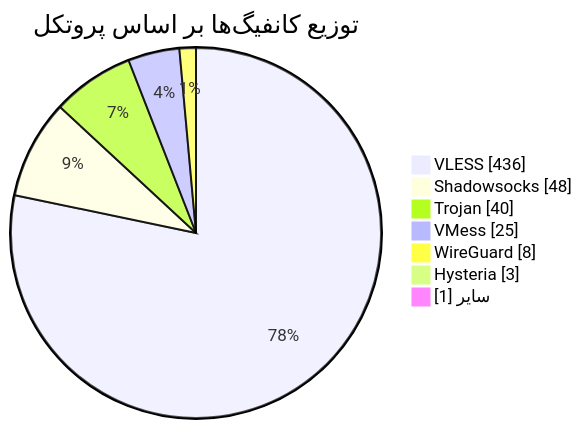
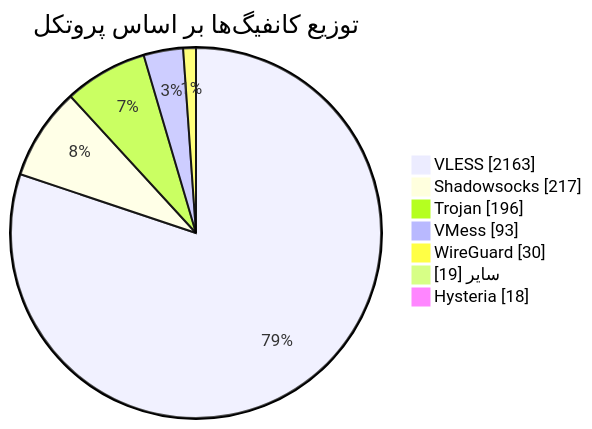
One commit to Arian-Alijani/Somthing changed the diagram in README.md. Above: the diagram before and after it, drawn with Mermaid. The commit also changed other lines of this file and 145 other files, not shown here.

````diff
--- a/README.md
+++ b/README.md
@@ -49,11 +49,11 @@
 ```mermaid
 pie showData
     title توزیع کانفیگ‌ها بر اساس پروتکل
-    "VLESS" : 436
-    "Shadowsocks" : 48
-    "Trojan" : 40
-    "VMess" : 25
-    "WireGuard" : 8
-    "Hysteria" : 3
-    "سایر" : 1
+    "VLESS" : 2163
+    "Shadowsocks" : 217
+    "Trojan" : 196
+    "VMess" : 93
+    "WireGuard" : 30
+    "سایر" : 19
+    "Hysteria" : 18
 ```
````
